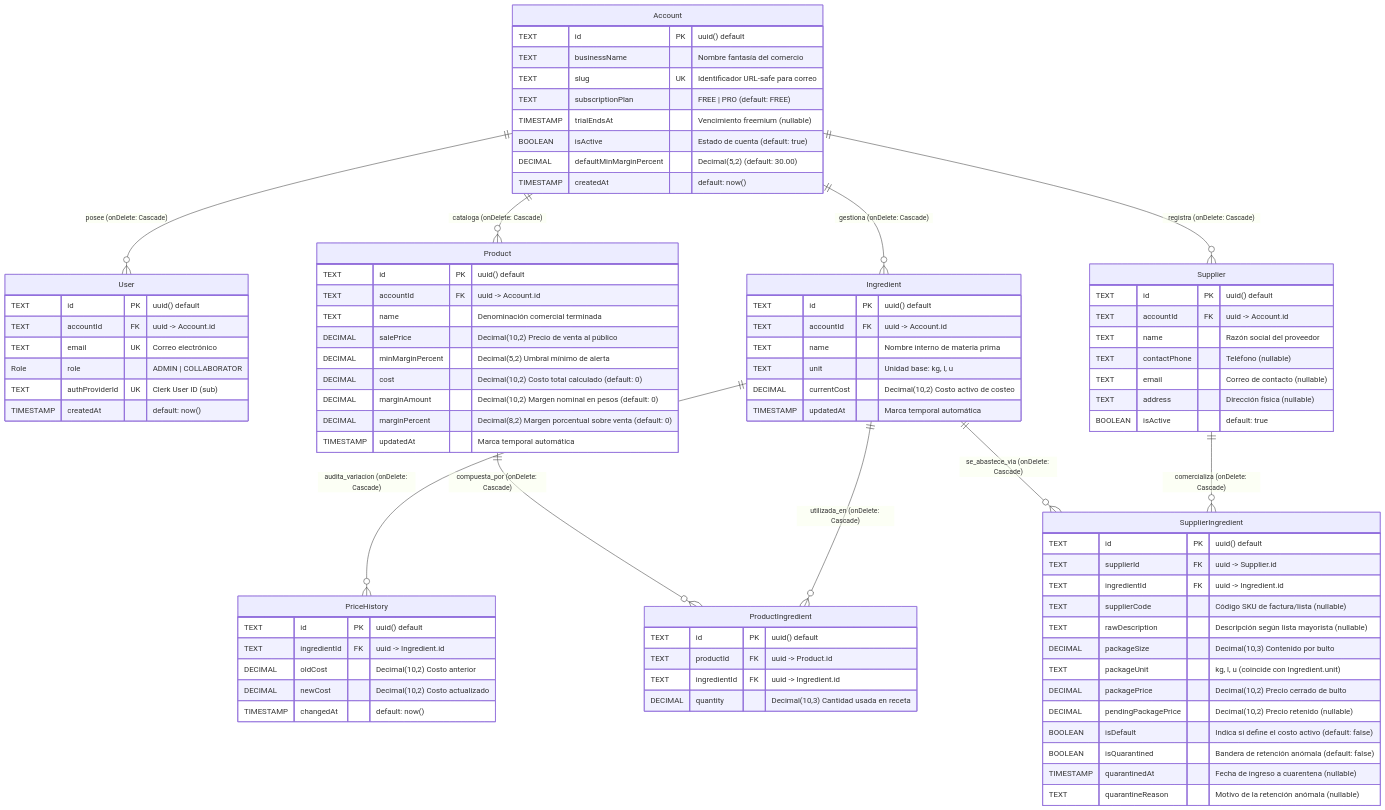
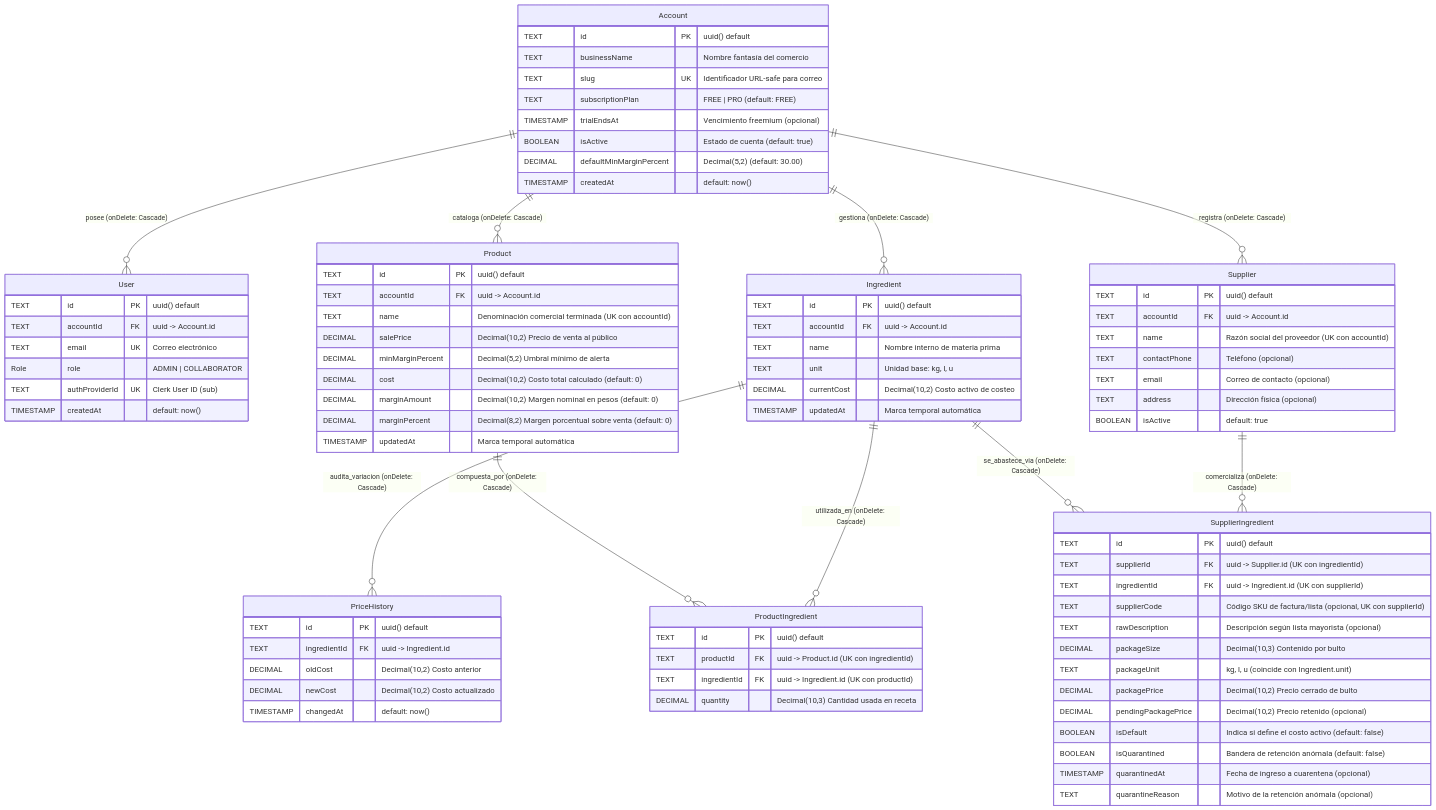
Before and after one commit to dgimenezdeveloper/margenx: the first of 2 diagrams in docs/entregableMA/Documento-Metodologias-Agiles.md, drawn with Mermaid. The commit also changed 1 other file, not shown here.

Commit message:
docs(arquitectura): alinear ER y modelos del SAD y Metodologías con schema.prisma (#181)

````diff
--- a/docs/entregableMA/Documento-Metodologias-Agiles.md
+++ b/docs/entregableMA/Documento-Metodologias-Agiles.md
@@ -226,7 +226,7 @@
         TEXT businessName "Nombre fantasía del comercio"
         TEXT slug UK "Identificador URL-safe para correo"
         TEXT subscriptionPlan "FREE | PRO (default: FREE)"
-        TIMESTAMP trialEndsAt "Vencimiento freemium (nullable)"
+        TIMESTAMP trialEndsAt "Vencimiento freemium (opcional)"
         BOOLEAN isActive "Estado de cuenta (default: true)"
         DECIMAL defaultMinMarginPercent "Decimal(5,2) (default: 30.00)"
         TIMESTAMP createdAt "default: now()"
@@ -253,27 +253,27 @@
     Supplier {
         TEXT id PK "uuid() default"
         TEXT accountId FK "uuid -> Account.id"
-        TEXT name "Razón social del proveedor"
-        TEXT contactPhone "Teléfono (nullable)"
-        TEXT email "Correo de contacto (nullable)"
-        TEXT address "Dirección física (nullable)"
+        TEXT name "Razón social del proveedor (UK con accountId)"
+        TEXT contactPhone "Teléfono (opcional)"
+        TEXT email "Correo de contacto (opcional)"
+        TEXT address "Dirección física (opcional)"
         BOOLEAN isActive "default: true"
     }
 
     SupplierIngredient {
         TEXT id PK "uuid() default"
-        TEXT supplierId FK "uuid -> Supplier.id"
-        TEXT ingredientId FK "uuid -> Ingredient.id"
-        TEXT supplierCode "Código SKU de factura/lista (nullable)"
-        TEXT rawDescription "Descripción según lista mayorista (nullable)"
+        TEXT supplierId FK "uuid -> Supplier.id (UK con ingredientId)"
+        TEXT ingredientId FK "uuid -> Ingredient.id (UK con supplierId)"
+        TEXT supplierCode "Código SKU de factura/lista (opcional, UK con supplierId)"
+        TEXT rawDescription "Descripción según lista mayorista (opcional)"
         DECIMAL packageSize "Decimal(10,3) Contenido por bulto"
         TEXT packageUnit "kg, l, u (coincide con Ingredient.unit)"
         DECIMAL packagePrice "Decimal(10,2) Precio cerrado de bulto"
-        DECIMAL pendingPackagePrice "Decimal(10,2) Precio retenido (nullable)"
+        DECIMAL pendingPackagePrice "Decimal(10,2) Precio retenido (opcional)"
         BOOLEAN isDefault "Indica si define el costo activo (default: false)"
         BOOLEAN isQuarantined "Bandera de retención anómala (default: false)"
-        TIMESTAMP quarantinedAt "Fecha de ingreso a cuarentena (nullable)"
-        TEXT quarantineReason "Motivo de la retención anómala (nullable)"
+        TIMESTAMP quarantinedAt "Fecha de ingreso a cuarentena (opcional)"
+        TEXT quarantineReason "Motivo de la retención anómala (opcional)"
     }
 
     PriceHistory {
@@ -287,7 +287,7 @@
     Product {
         TEXT id PK "uuid() default"
         TEXT accountId FK "uuid -> Account.id"
-        TEXT name "Denominación comercial terminada"
+        TEXT name "Denominación comercial terminada (UK con accountId)"
         DECIMAL salePrice "Decimal(10,2) Precio de venta al público"
         DECIMAL minMarginPercent "Decimal(5,2) Umbral mínimo de alerta"
         DECIMAL cost "Decimal(10,2) Costo total calculado (default: 0)"
@@ -298,8 +298,8 @@
 
     ProductIngredient {
         TEXT id PK "uuid() default"
-        TEXT productId FK "uuid -> Product.id"
-        TEXT ingredientId FK "uuid -> Ingredient.id"
+        TEXT productId FK "uuid -> Product.id (UK con ingredientId)"
+        TEXT ingredientId FK "uuid -> Ingredient.id (UK con productId)"
         DECIMAL quantity "Decimal(10,3) Cantidad usada en receta"
     }
 ```
````
